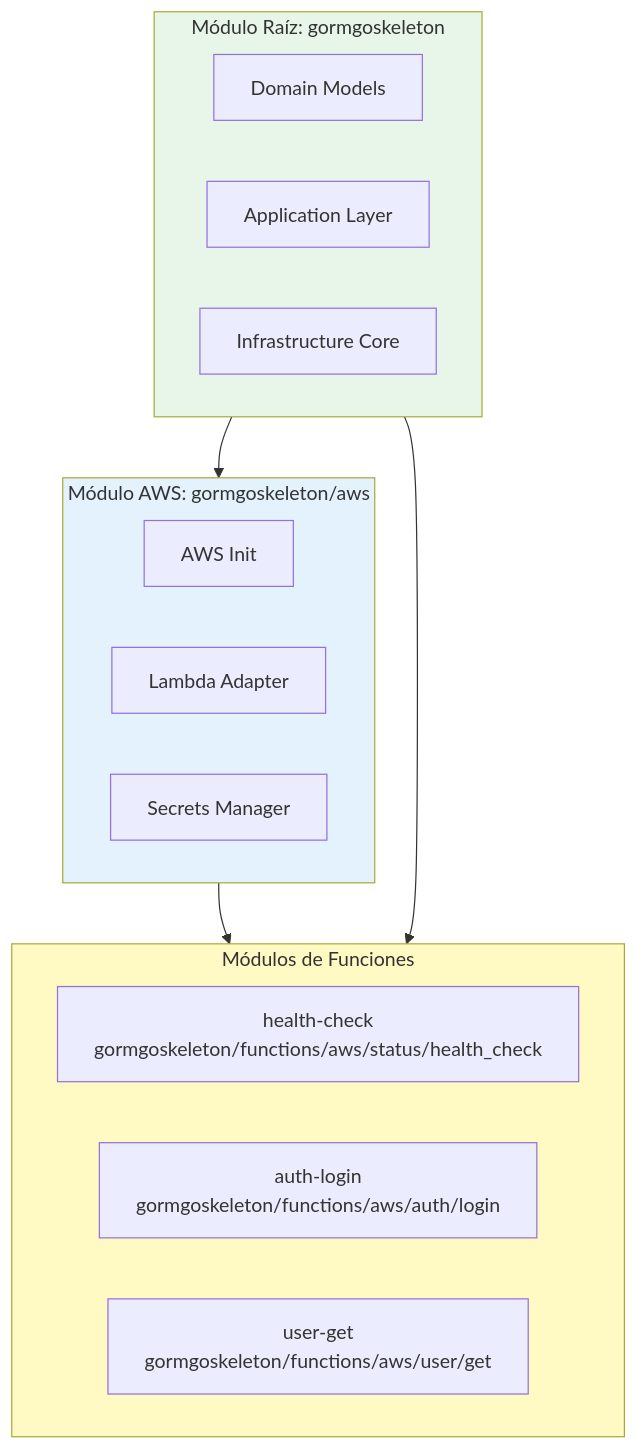
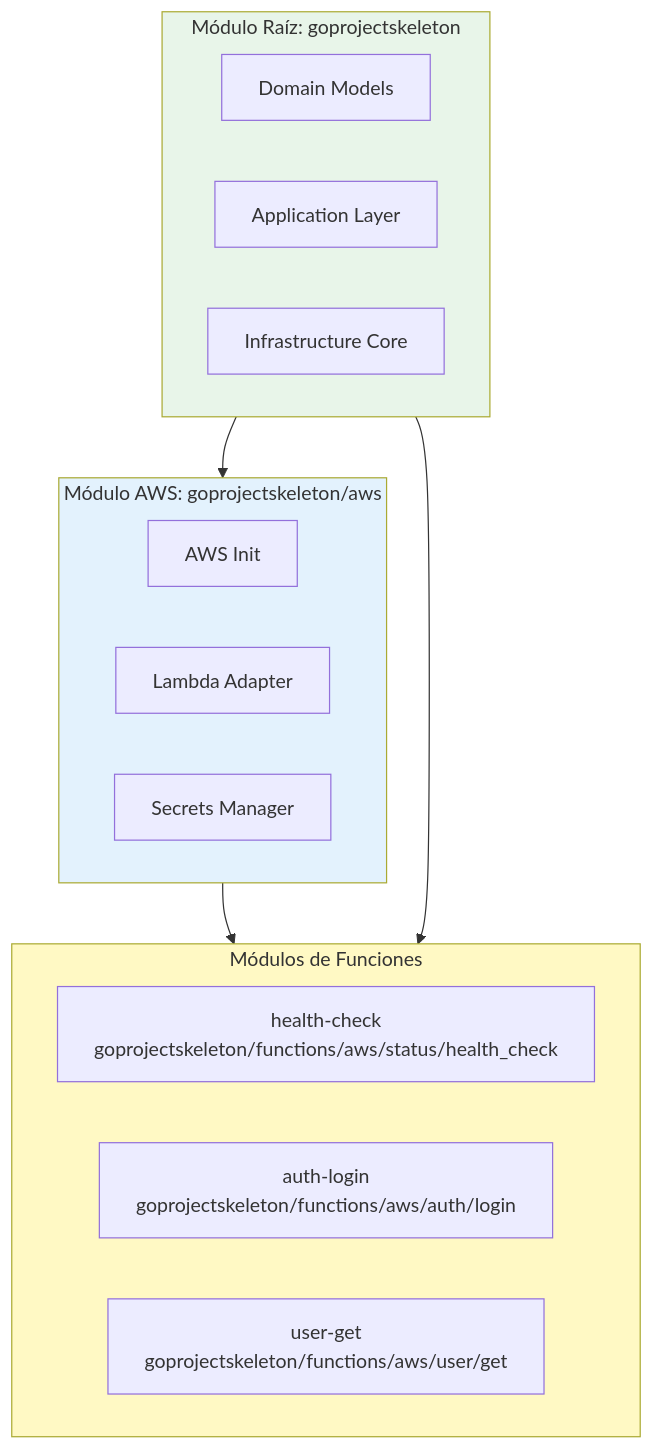
One commit to Simon3640/GoProjectSkeleton changed the fourth of 25 diagrams in README.md. Above: the diagram before and after it, drawn with Mermaid. The commit also changed other lines of this file and 213 other files, not shown here.

Commit message:
:hammer: :tada: renaming files and folders from gormgoskeleton to goprojectskeleton

````diff
--- a/README.md
+++ b/README.md
@@ -518,28 +518,28 @@
 ```mermaid
 graph TB
-    subgraph RootModule["Módulo Raíz: gormgoskeleton"]
+    subgraph RootModule["Módulo Raíz: goprojectskeleton"]
         Domain[Domain Models]
         Application[Application Layer]
         Infrastructure[Infrastructure Core]
     end
 
-    subgraph AWSModule["Módulo AWS: gormgoskeleton/aws"]
+    subgraph AWSModule["Módulo AWS: goprojectskeleton/aws"]
         AWSInit[AWS Init]
         LambdaAdapter[Lambda Adapter]
         SecretsManager[Secrets Manager]
     end
 
     subgraph FunctionModules["Módulos de Funciones"]
-        HealthCheck[health-check<br/>gormgoskeleton/functions/aws/status/health_check]
-        AuthLogin[auth-login<br/>gormgoskeleton/functions/aws/auth/login]
-        UserGet[user-get<br/>gormgoskeleton/functions/aws/user/get]
+        HealthCheck[health-check<br/>goprojectskeleton/functions/aws/status/health_check]
+        AuthLogin[auth-login<br/>goprojectskeleton/functions/aws/auth/login]
+        UserGet[user-get<br/>goprojectskeleton/functions/aws/user/get]
     end
 
     RootModule --> AWSModule
     AWSModule --> FunctionModules
     RootModule --> FunctionModules
 
     style RootModule fill:#e8f5e9
     style AWSModule fill:#e3f2fd
     style FunctionModules fill:#fff9c4
 ```
````
